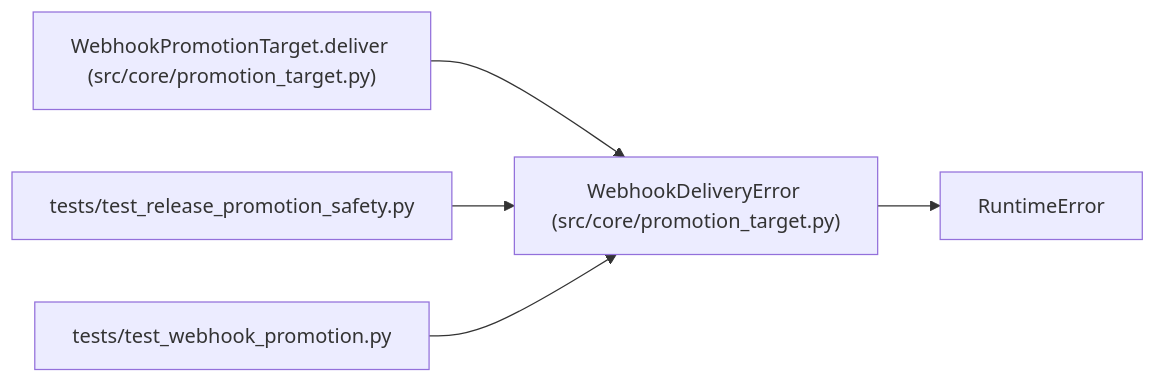
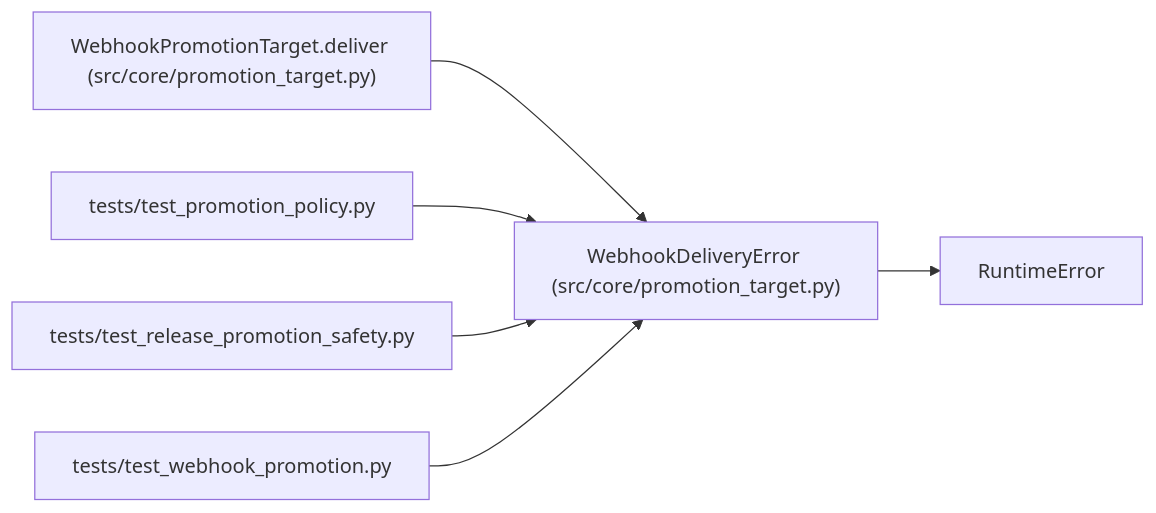
Before and after one commit to Denissvgn/autoresearch-agent: the diagram in docs/llm_wiki/entities/WebhookDeliveryError.md, drawn with Mermaid. The commit also changed other lines of this file and 1033 other files, not shown here.

````diff
--- a/docs/llm_wiki/entities/WebhookDeliveryError.md
+++ b/docs/llm_wiki/entities/WebhookDeliveryError.md
@@ -23,16 +23,19 @@
 ```mermaid
 flowchart LR
     n0["WebhookDeliveryError (src/core/promotion_target.py)"]
     n1["RuntimeError"]
     n2["WebhookPromotionTarget.deliver (src/core/promotion_target.py)"]
-    n3["tests/test_release_promotion_safety.py"]
-    n4["tests/test_webhook_promotion.py"]
+    n3["tests/test_promotion_policy.py"]
+    n4["tests/test_release_promotion_safety.py"]
+    n5["tests/test_webhook_promotion.py"]
     n0 --> n1
     n2 --> n0
     n3 --> n0
     n4 --> n0
+    n5 --> n0
     click n0 "../modules/promotion_target.md"
     click n2 "../modules/promotion_target.md"
-    click n3 "../modules/test_release_promotion_safety.md"
-    click n4 "../modules/test_webhook_promotion.md"
+    click n3 "../modules/test_promotion_policy.md"
+    click n4 "../modules/test_release_promotion_safety.md"
+    click n5 "../modules/test_webhook_promotion.md"
 ```
````
